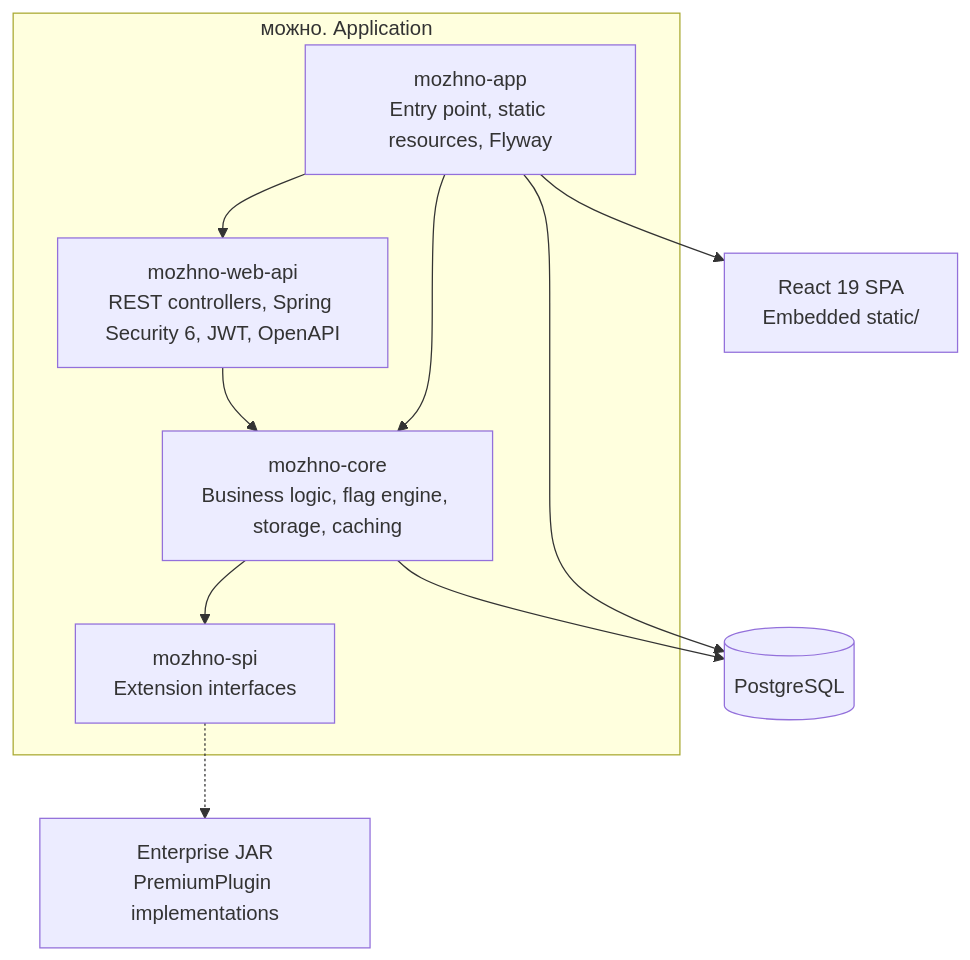
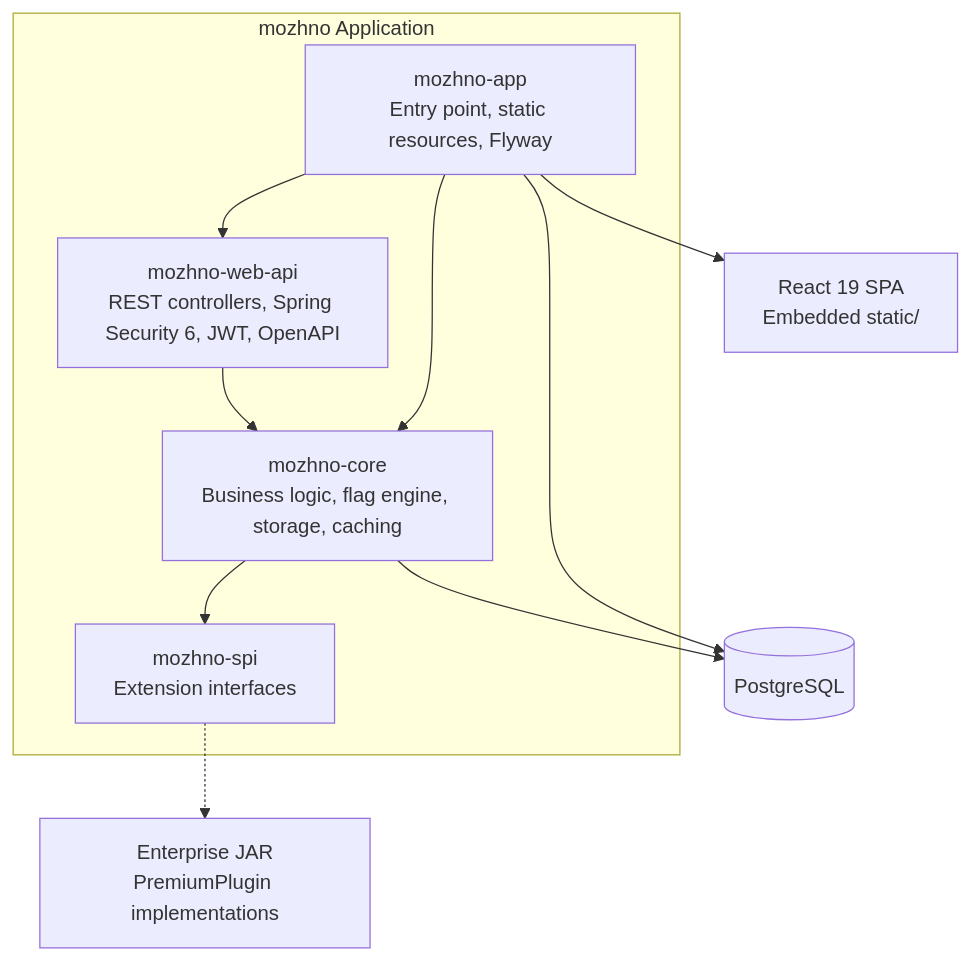
Before and after one commit to edgar-dev20/mozhno: the first of 4 diagrams in docs/en/advanced/architecture.md, drawn with Mermaid. The commit also changed other lines of this file and 33 other files, not shown here.

Commit message:
docs: rewrite getting-started, fix env model, mermaid latin labels, table header brand styling, SDK+arch corrections

````diff
--- a/docs/en/advanced/architecture.md
+++ b/docs/en/advanced/architecture.md
@@ -7,22 +7,22 @@
 ```mermaid
 graph TD
-    subgraph "можно. Application"
+    subgraph "mozhno Application"
         APP[mozhno-app<br/>Entry point, static resources, Flyway]
         API[mozhno-web-api<br/>REST controllers, Spring Security 6, JWT, OpenAPI]
         CORE[mozhno-core<br/>Business logic, flag engine, storage, caching]
         SPI[mozhno-spi<br/>Extension interfaces]
     end
 
     APP --> API
     APP --> CORE
     API --> CORE
     CORE --> SPI
     SPI -.-> ENT[Enterprise JAR<br/>PremiumPlugin implementations]
 
     DB[(PostgreSQL)]
     REACT[React 19 SPA<br/>Embedded static/]
 
     APP --> DB
     APP --> REACT
     CORE --> DB
 ```
````
